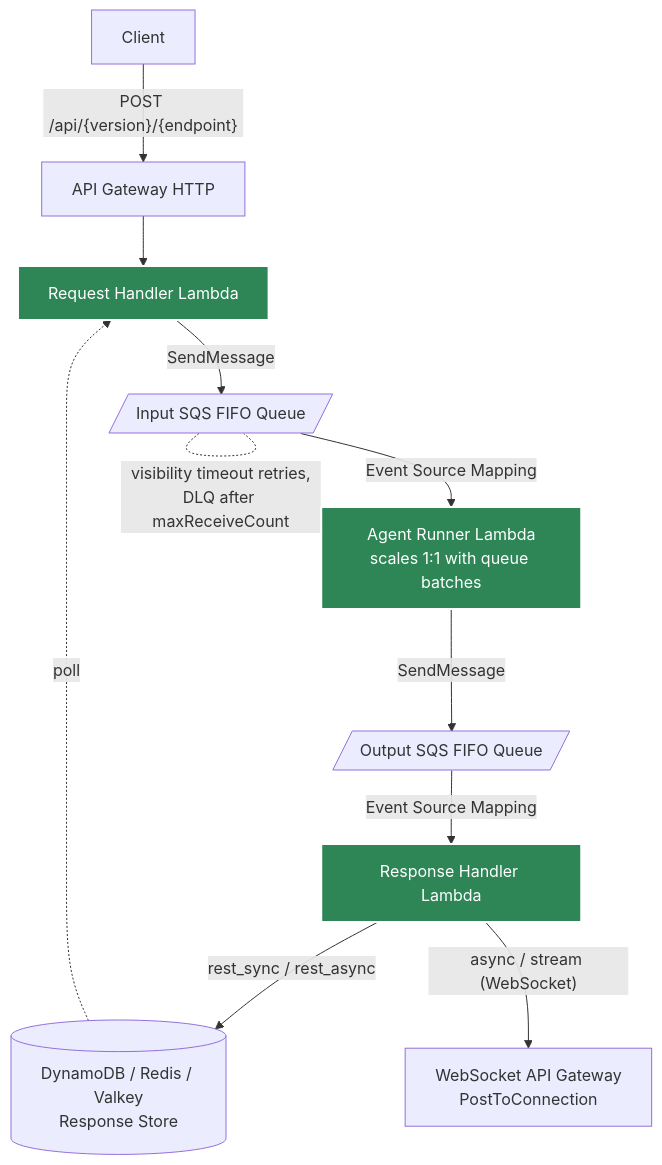
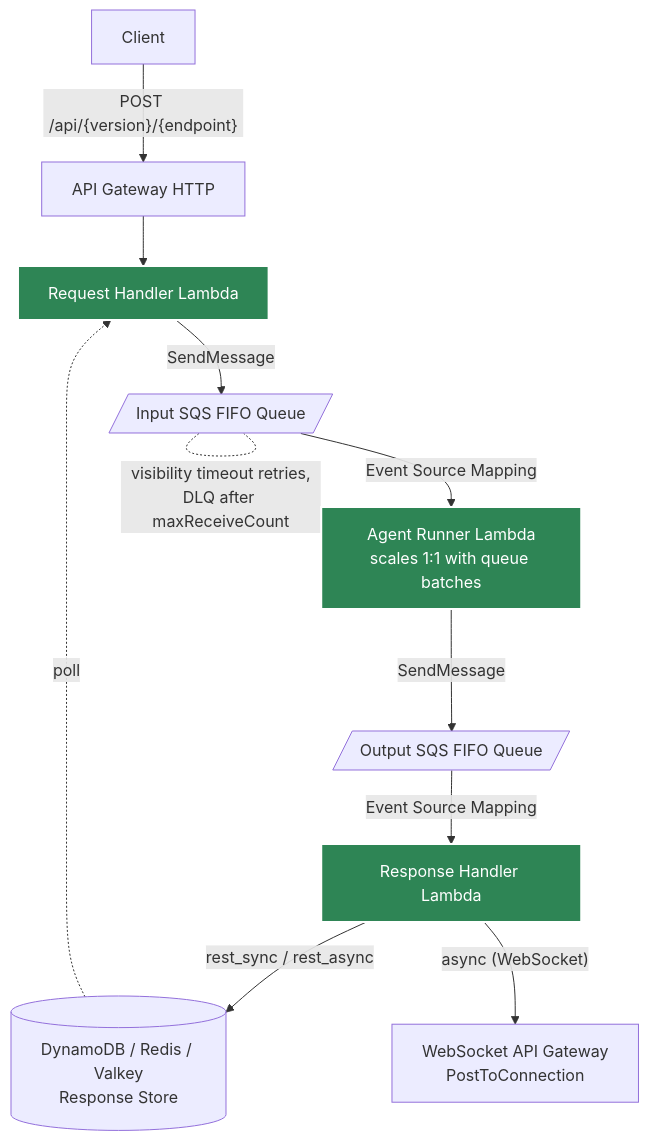
One commit to yaalalabs/agent-kernel changed the first of 3 diagrams in docs/docs/advanced/queue-mode-guide.md. Above: the diagram before and after it, drawn with Mermaid. The commit also changed other lines of this file and 145 other files, not shown here.

````diff
--- a/docs/docs/advanced/queue-mode-guide.md
+++ b/docs/docs/advanced/queue-mode-guide.md
@@ -423,17 +435,17 @@
 ```mermaid
 graph TB
     C[Client] -->|"POST /api/{version}/{endpoint}"| GW[API Gateway HTTP]
     GW --> RH[Request Handler Lambda]
     RH -->|SendMessage| IQ[/Input SQS FIFO Queue/]
     IQ -->|Event Source Mapping| AR["Agent Runner Lambda<br/>scales 1:1 with queue batches"]
     AR -->|SendMessage| OQ[/Output SQS FIFO Queue/]
     OQ -->|Event Source Mapping| RSH[Response Handler Lambda]
     RSH -->|rest_sync / rest_async| RS[(DynamoDB / Redis / Valkey<br/>Response Store)]
-    RSH -->|"async / stream (WebSocket)"| WS[WebSocket API Gateway<br/>PostToConnection]
+    RSH -->|"async (WebSocket)"| WS[WebSocket API Gateway<br/>PostToConnection]
     RS -.->|poll| RH
     IQ -. "visibility timeout retries,<br/>DLQ after maxReceiveCount" .- IQ
 
     style RH fill:#2e8555,stroke:#fff,stroke-width:2px,color:#fff
     style AR fill:#2e8555,stroke:#fff,stroke-width:2px,color:#fff
     style RSH fill:#2e8555,stroke:#fff,stroke-width:2px,color:#fff
 ```
````
